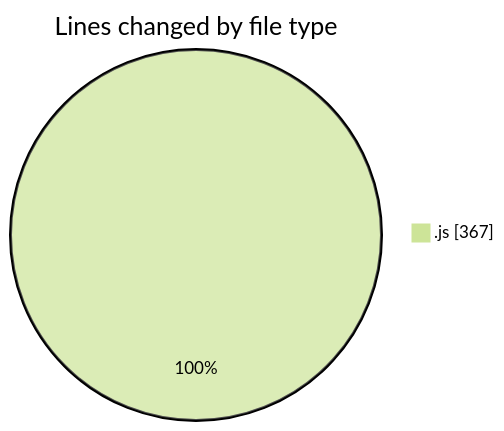
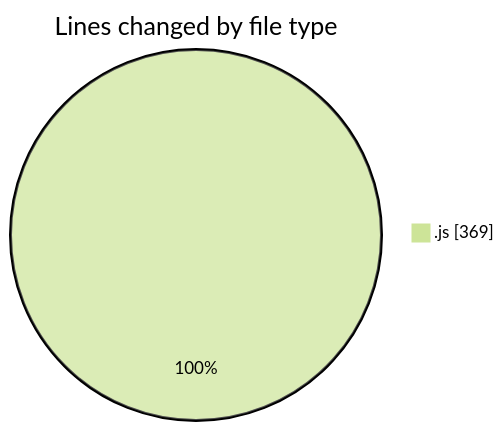
One commit to nxtqubesakshisongat/code-tracking changed the first of 2 diagrams in 2025-11-04/nxtqube_webapp/README.md. Above: the diagram before and after it, drawn with Mermaid (forest theme). The commit also changed other lines of this file and 1 other file, not shown here.

````diff
--- a/2025-11-04/nxtqube_webapp/README.md
+++ b/2025-11-04/nxtqube_webapp/README.md
@@ -20,5 +20,5 @@
 ```mermaid
 pie showData
 title Lines changed by file type
-".js" : 367
+".js" : 369
 ```
````
